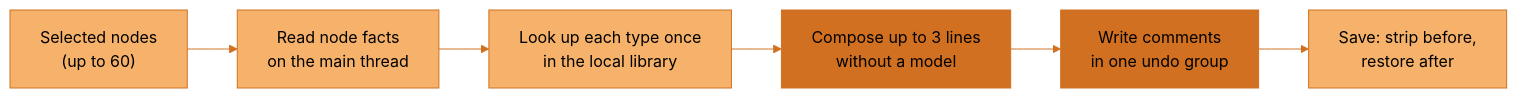
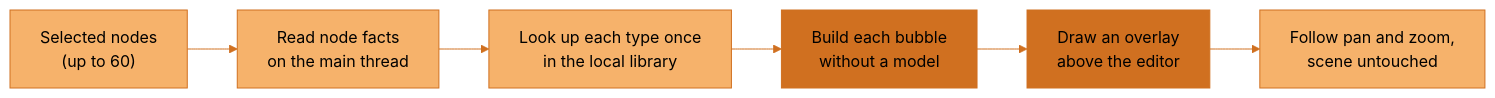
The fourth of 9 diagrams in docs/architecture/overview.md (JosephOIbrahim/Synapse), drawn with Mermaid before and after one commit. The commit also changed other lines of this file and 18 other files, not shown here.

````diff
--- a/docs/architecture/overview.md
+++ b/docs/architecture/overview.md
@@ -128,16 +128,16 @@
 ```mermaid
 flowchart LR
-    accTitle: Identify writes a short local note under each selected node
-    accDescr: The panel reads facts for up to 60 selected nodes on Houdini's main thread. A worker thread looks up each node type once in the local SideFX library and composes up to three lines without a model. The main thread writes every note as a node comment inside one undo group. Before a save the notes are removed from the file, and after the save they are restored.
+    accTitle: Identify draws a short local bubble beside each selected node
+    accDescr: The panel reads facts for up to 60 selected nodes on Houdini's main thread. A worker thread looks up each node type once in the local SideFX library and builds each bubble without a model. The main thread draws the bubbles in a click-through overlay above the network editor, which follows pan and zoom. Nothing is written to the scene.
     S["Selected nodes<br/>(up to 60)"] --> F["Read node facts<br/>on the main thread"]
     F --> L["Look up each type once<br/>in the local library"]
-    L --> C["Compose up to 3 lines<br/>without a model"]
-    C --> W["Write comments<br/>in one undo group"]
-    W --> V["Save: strip before,<br/>restore after"]
+    L --> C["Build each bubble<br/>without a model"]
+    C --> W["Draw an overlay<br/>above the editor"]
+    W --> V["Follow pan and zoom,<br/>scene untouched"]
     classDef default fill:#F6B26B,stroke:#D07020,color:#000000
     classDef artist fill:#F6B26B,stroke:#D07020,color:#000000
     classDef synapse fill:#D07020,stroke:#D07020,color:#000000
     class S artist
     class C,W synapse
     linkStyle default stroke:#D07020
 ```
````
